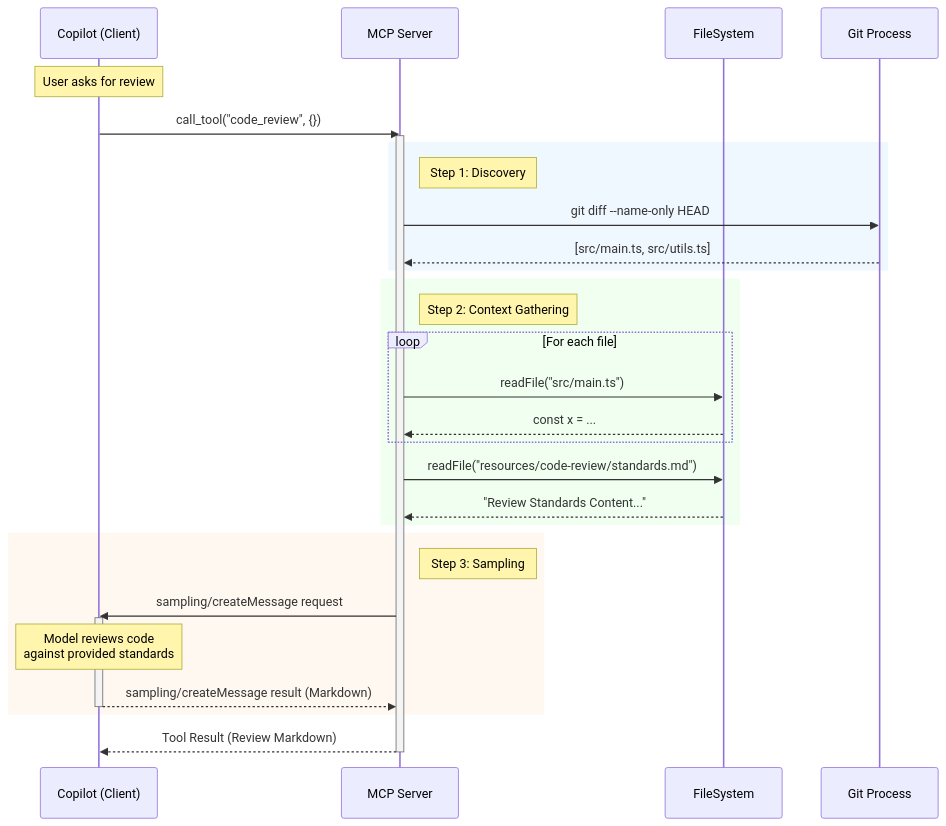
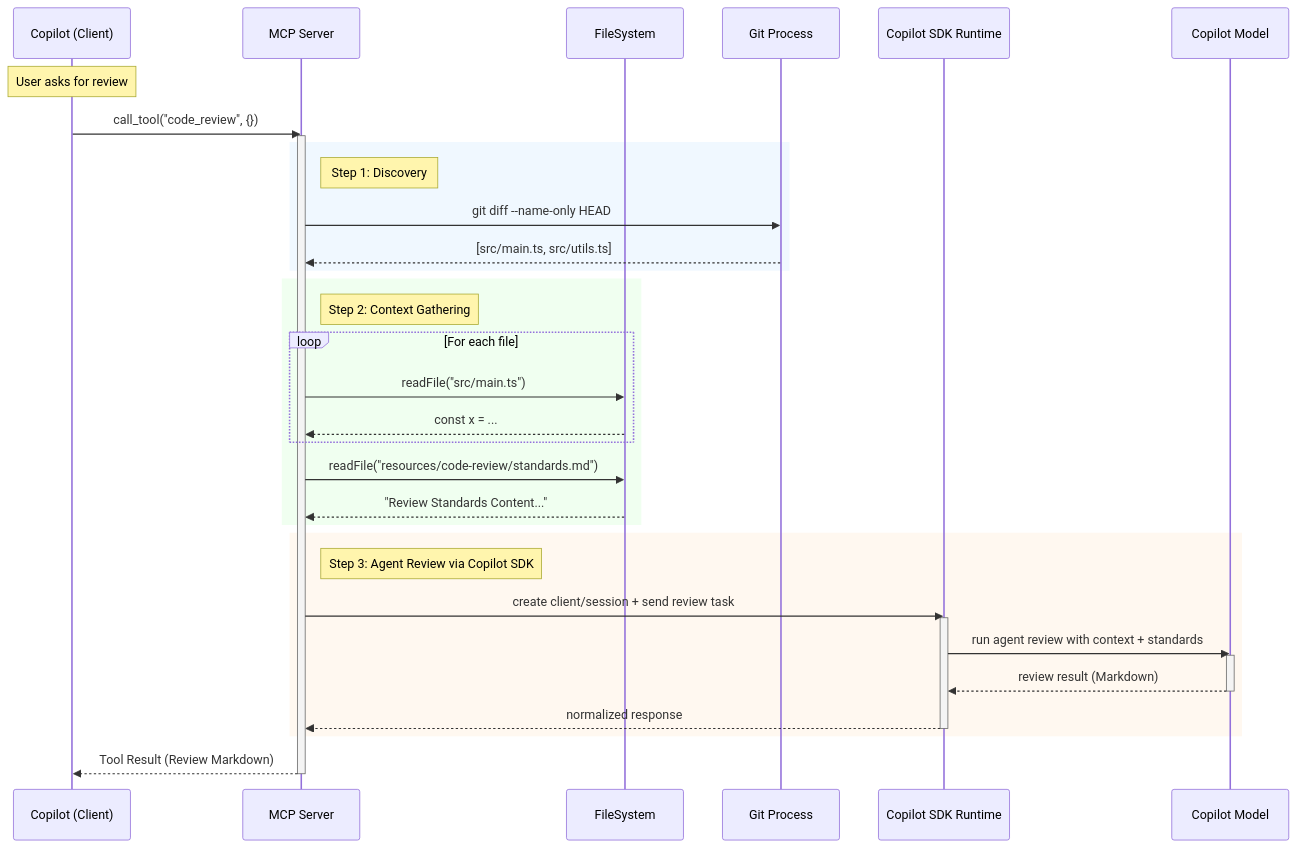
Before and after one commit to aranga-nana/easy-mcp-server: the diagram in CODE_REVIEW_DESIGN.md, drawn with Mermaid. The commit also changed other lines of this file, not shown here.

Commit message:
feat: refactor code review tool to utilize Copilot SDK for agent-based reviews

````diff
--- a/CODE_REVIEW_DESIGN.md
+++ b/CODE_REVIEW_DESIGN.md
@@ -24,39 +30,44 @@
 ```mermaid
 sequenceDiagram
     participant Client as Copilot (Client)
     participant Server as MCP Server
     participant FS as FileSystem
     participant Git as Git Process
+    participant SDK as Copilot SDK Runtime
+    participant Model as Copilot Model
 
     Note over Client: User asks for review
     Client->>Server: call_tool("code_review", {})
     activate Server
     
     rect rgb(240, 248, 255)
         Note right of Server: Step 1: Discovery
         Server->>Git: git diff --name-only HEAD
         Git-->>Server: [src/main.ts, src/utils.ts]
     end
     
     rect rgb(240, 255, 240)
         Note right of Server: Step 2: Context Gathering
         loop For each file
             Server->>FS: readFile("src/main.ts")
             FS-->>Server: const x = ...
         end
         Server->>FS: readFile("resources/code-review/standards.md")
         FS-->>Server: "Review Standards Content..."
     end
     
     rect rgb(255, 248, 240)
-        Note right of Server: Step 3: Sampling
-        Server->>Client: sampling/createMessage request
-        activate Client
-        Note over Client: Model reviews code<br/>against provided standards
-        Client-->>Server: sampling/createMessage result (Markdown)
-        deactivate Client
+        Note right of Server: Step 3: Agent Review via Copilot SDK
+        Server->>SDK: create client/session + send review task
+        activate SDK
+        SDK->>Model: run agent review with context + standards
+        activate Model
+        Model-->>SDK: review result (Markdown)
+        deactivate Model
+        SDK-->>Server: normalized response
+        deactivate SDK
     end
     
     Server-->>Client: Tool Result (Review Markdown)
     deactivate Server
 ```
````
